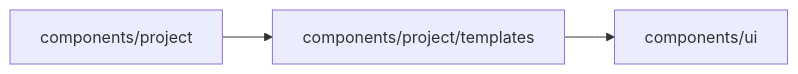
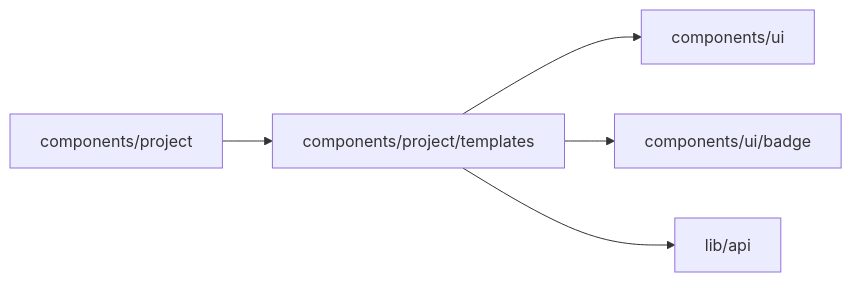
The diagram in web/studio/components/project/templates/README.md (superdurable/superverse), drawn with Mermaid before and after one commit. The commit also changed other lines of this file and 167 other files, not shown here.

````diff
--- a/web/studio/components/project/templates/README.md
+++ b/web/studio/components/project/templates/README.md
@@ -10,6 +10,8 @@
 ```mermaid
 flowchart LR
   self["components/project/templates"]
   c0["components/project"] --> self
   self --> d0["components/ui"]
+  self --> d1["components/ui/badge"]
+  self --> d2["lib/api"]
 ```
````
